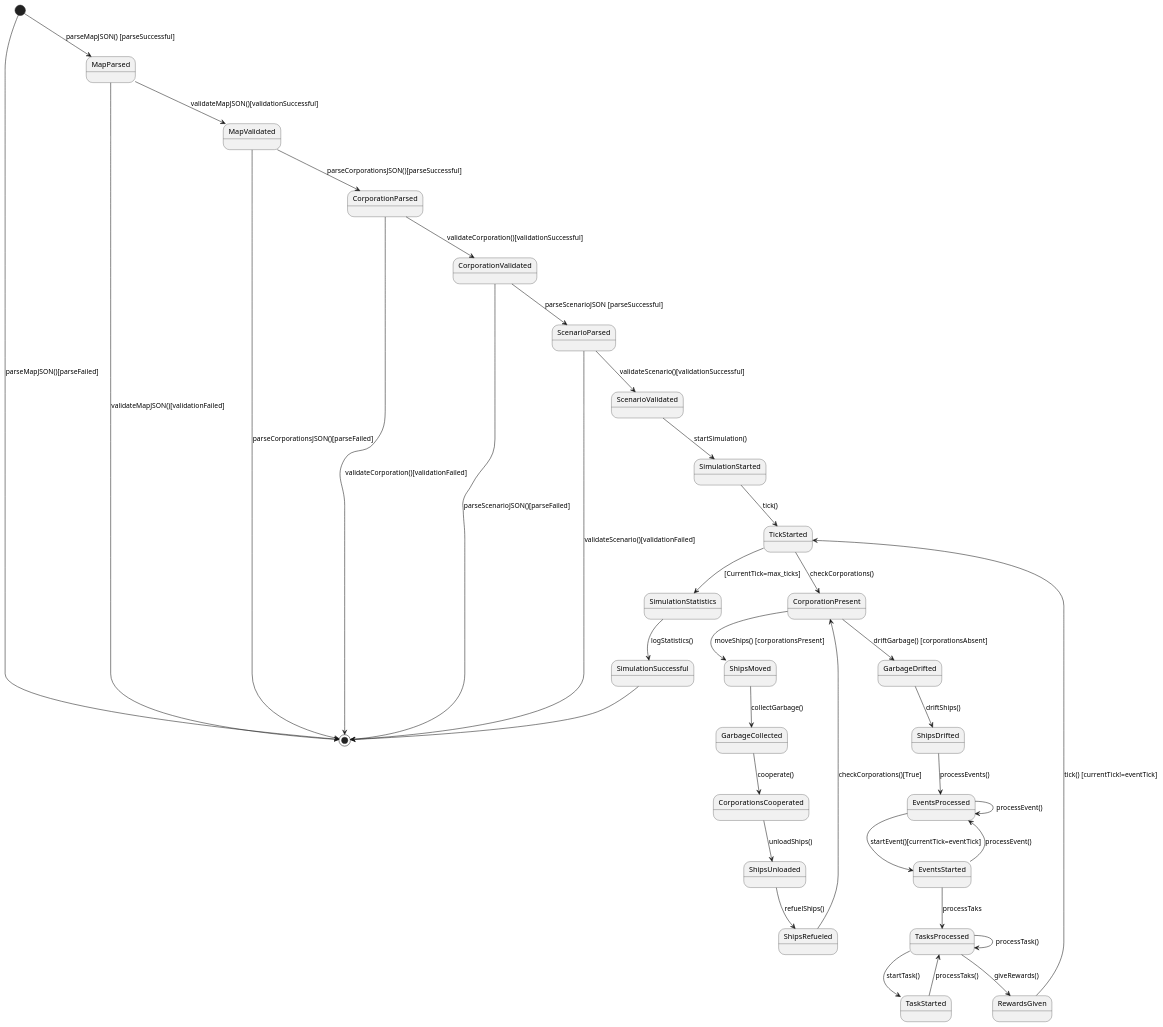
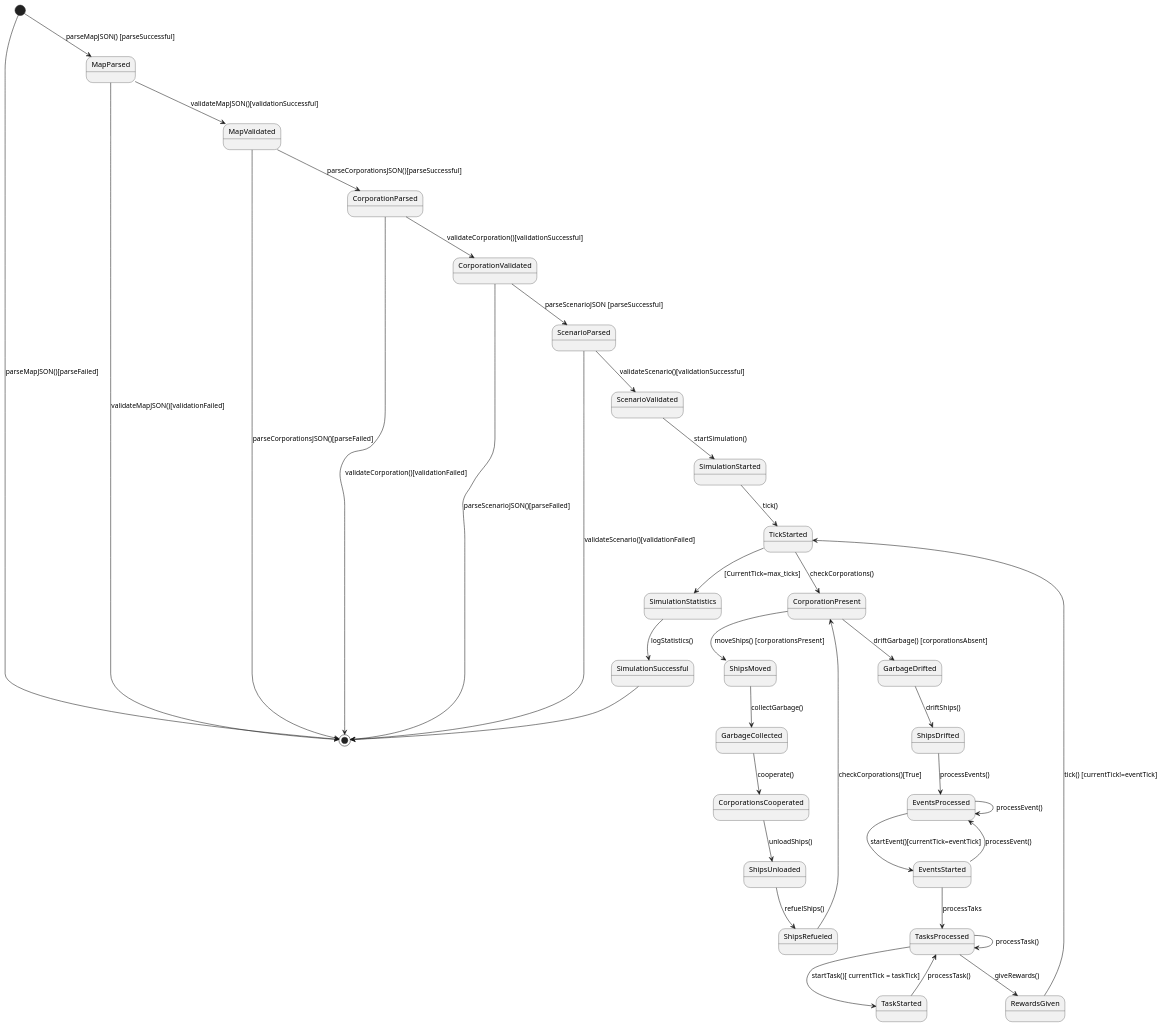
Before and after one commit to Atharvakore/Save-The-Saardines: the diagram in StateDiagram.puml, drawn with PlantUML.

Commit message:
minor fix

```diff
--- a/StateDiagram.puml
+++ b/StateDiagram.puml
@@ -1,48 +1,48 @@
 @startuml
 [*] --> MapParsed: parseMapJSON() [parseSuccessful]
 MapParsed --> MapValidated: validateMapJSON()[validationSuccessful]
 MapParsed --> [*] : validateMapJSON()[validationFailed]
 [*] --> [*] : parseMapJSON()[parseFailed]
 
 MapValidated --> CorporationParsed : parseCorporationsJSON()[parseSuccessful]
 MapValidated --> [*] : parseCorporationsJSON()[parseFailed]
 CorporationParsed -->CorporationValidated : validateCorporation()[validationSuccessful]
 CorporationParsed -->[*] : validateCorporation()[validationFailed]
 CorporationValidated --> ScenarioParsed : parseScenarioJSON [parseSuccessful]
 ScenarioParsed --> ScenarioValidated : validateScenario()[validationSuccessful]
 ScenarioParsed --> [*] : validateScenario()[validationFailed]
 CorporationValidated --> [*] : parseScenarioJSON()[parseFailed]
 
 ScenarioValidated--> SimulationStarted : startSimulation()
 
 SimulationStarted --> TickStarted : tick()
 
 TickStarted --> CorporationPresent : checkCorporations()
 CorporationPresent --> ShipsMoved : moveShips() [corporationsPresent]
 ShipsMoved --> GarbageCollected : collectGarbage()
 GarbageCollected --> CorporationsCooperated : cooperate()
 CorporationsCooperated --> ShipsUnloaded : unloadShips()
 ShipsUnloaded --> ShipsRefueled : refuelShips()
 ShipsRefueled --> CorporationPresent : checkCorporations()[True]
 CorporationPresent --> GarbageDrifted : driftGarbage() [corporationsAbsent]
 GarbageDrifted --> ShipsDrifted : driftShips()
 ShipsDrifted --> EventsProcessed : processEvents()
 
 
 
 EventsProcessed --> EventsStarted: startEvent()[currentTick=eventTick]
 EventsStarted --> EventsProcessed : processEvent()
 EventsProcessed --> EventsProcessed : processEvent()
 EventsStarted --> TasksProcessed : processTaks
 TasksProcessed --> TasksProcessed : processTask()
-TasksProcessed --> TaskStarted : startTask()
-TaskStarted --> TasksProcessed : processTaks()
+TasksProcessed --> TaskStarted : startTask()[ currentTick = taskTick]
+TaskStarted --> TasksProcessed : processTask()
 TasksProcessed --> RewardsGiven: giveRewards()
 RewardsGiven --> TickStarted : tick() [currentTick!=eventTick]
 
 
 TickStarted --> SimulationStatistics : [CurrentTick=max_ticks]
 SimulationStatistics --> SimulationSuccessful : logStatistics()
 
 SimulationSuccessful --> [*]
 @enduml
```
